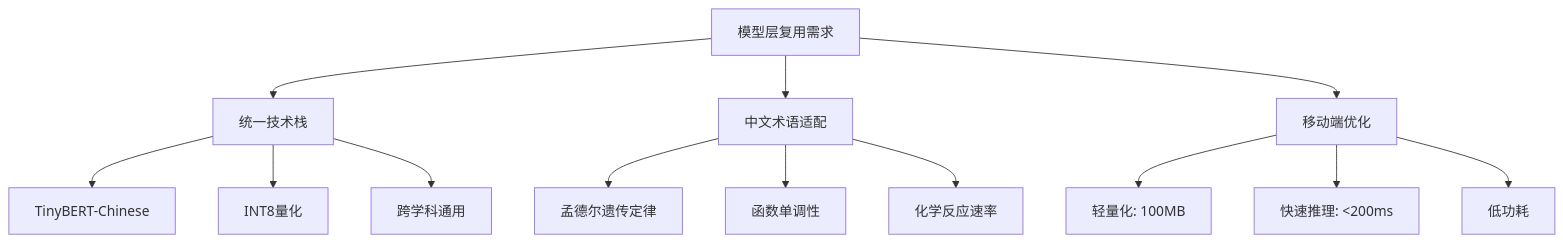
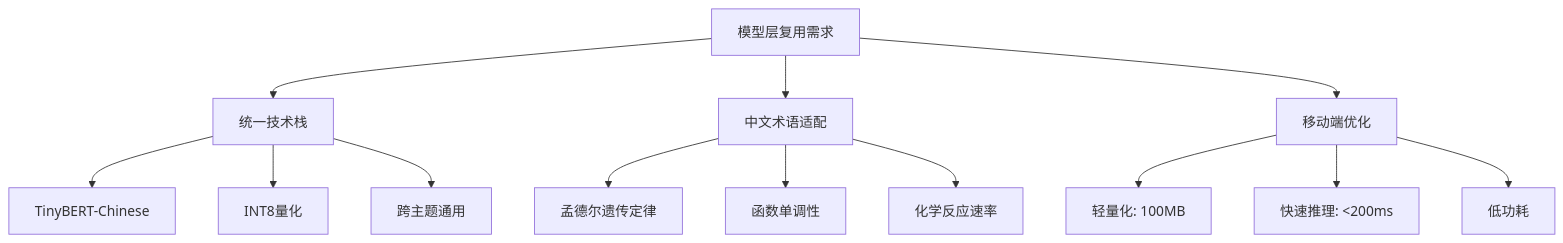
One commit to terminail/autodroid changed the sixth of 38 diagrams in autodroid-TeachItBack/.superpowers/design/embedded_ai_model_brainstorming_20260125.md. Above: the diagram before and after it, drawn with Mermaid. The commit also changed other lines of this file and 2 other files, not shown here.

````diff
--- a/autodroid-TeachItBack/.superpowers/design/embedded_ai_model_brainstorming_20260125.md
+++ b/autodroid-TeachItBack/.superpowers/design/embedded_ai_model_brainstorming_20260125.md
@@ -432,18 +432,18 @@
 ```mermaid
 graph TD
     A[模型层复用需求] --> B[统一技术栈]
     A --> C[中文术语适配]
     A --> D[移动端优化]
     
     B --> B1[TinyBERT-Chinese]
     B --> B2[INT8量化]
-    B --> B3[跨学科通用]
+    B --> B3[跨主题通用]
     
     C --> C1[孟德尔遗传定律]
     C --> C2[函数单调性]
     C --> C3[化学反应速率]
     
     D --> D1[轻量化: 100MB]
     D --> D2[快速推理: <200ms]
     D --> D3[低功耗]
 ```
````
